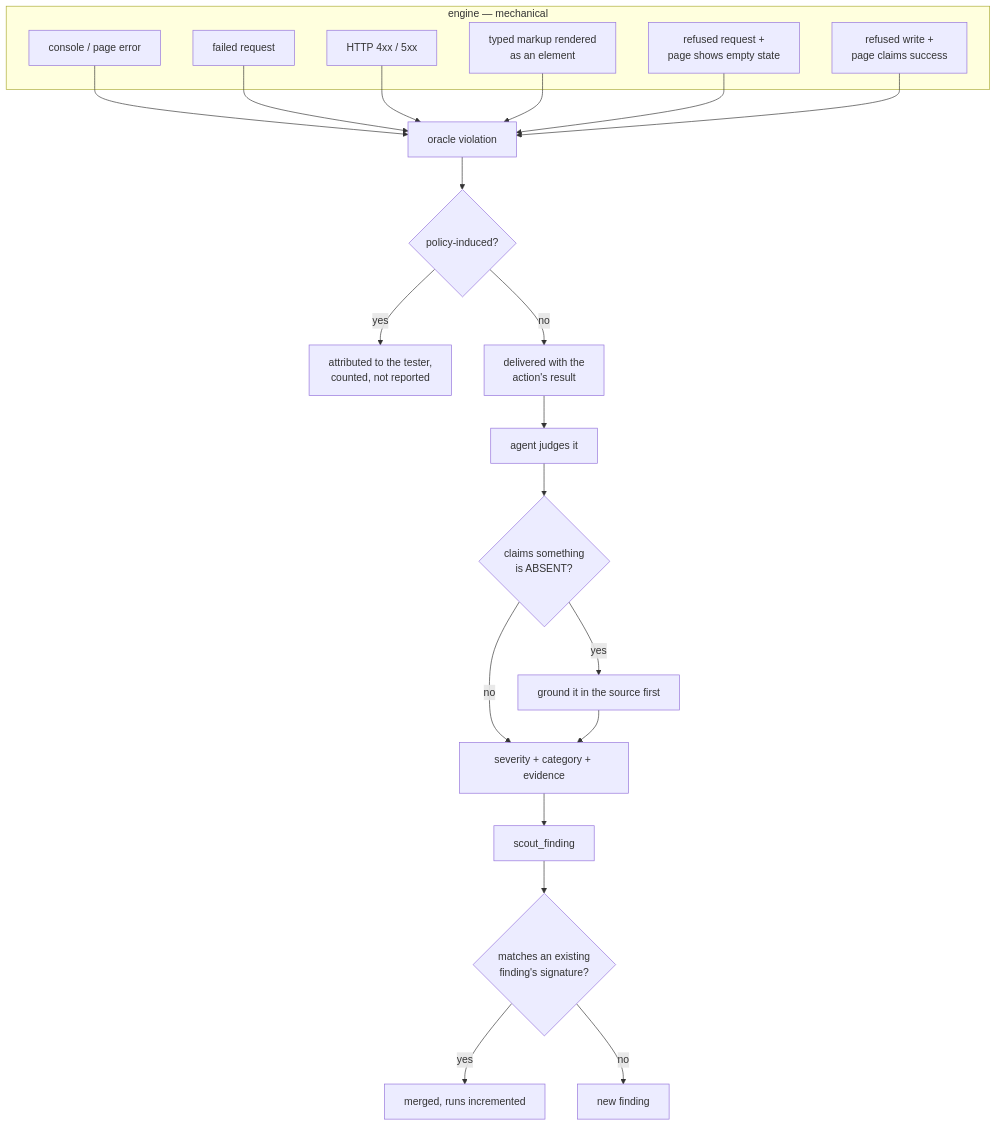
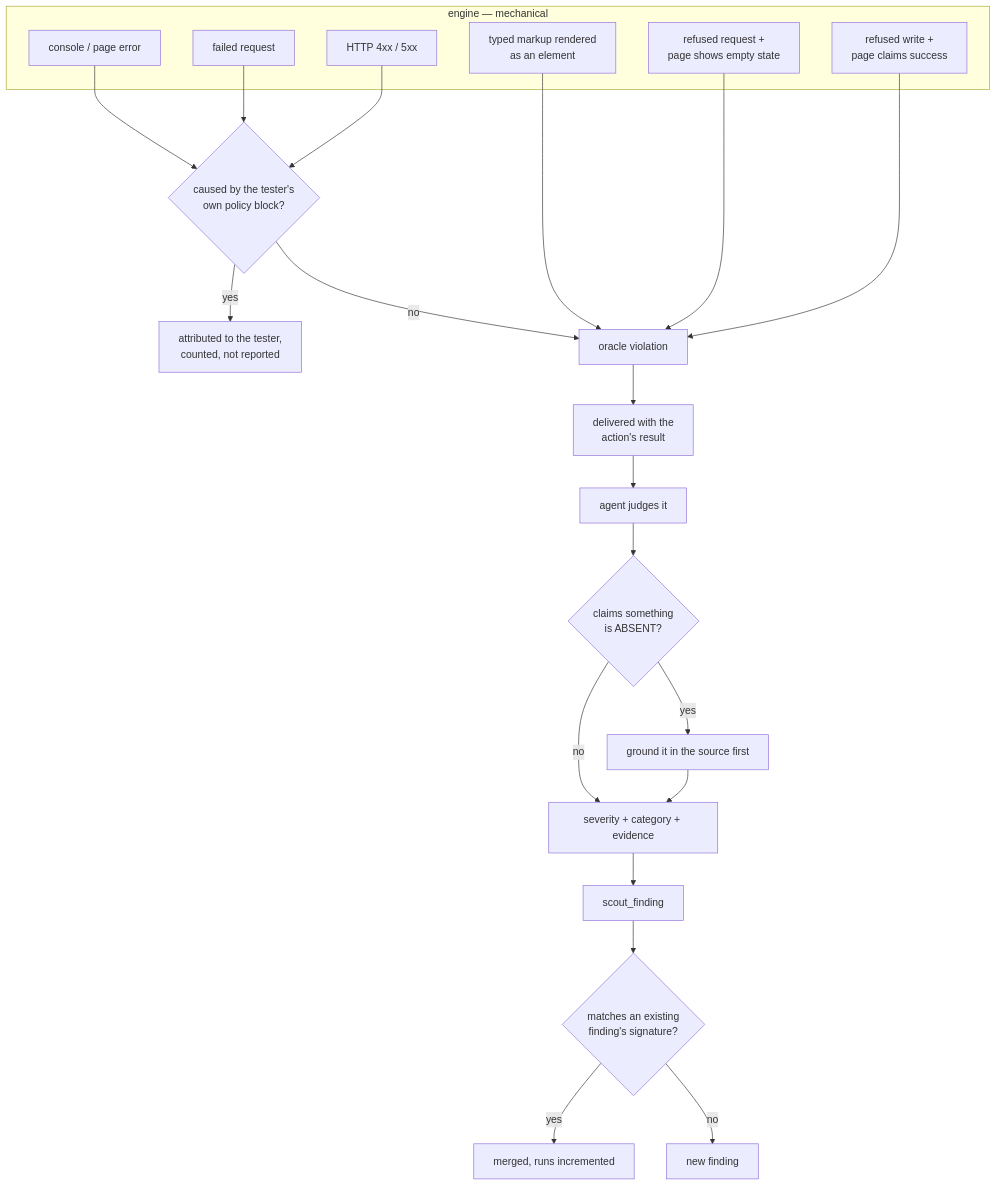
One commit to brunoboto96/SceneScout changed the fifth of 9 diagrams in docs/how-it-works.md. Above: the diagram before and after it, drawn with Mermaid. The commit also changed other lines of this file and 3 other files, not shown here.

````diff
--- a/docs/how-it-works.md
+++ b/docs/how-it-works.md
@@ -154,29 +154,29 @@
 ```mermaid
 flowchart TD
     subgraph engine [engine — mechanical]
         A1[console / page error]
         A2[failed request]
         A3[HTTP 4xx / 5xx]
         A4[typed markup rendered<br/>as an element]
         A5[refused request +<br/>page shows empty state]
         A6[refused write +<br/>page claims success]
     end
-    A1 --> V[oracle violation]
-    A2 --> V
-    A3 --> V
+    A1 --> B{caused by the tester's<br/>own policy block?}
+    A2 --> B
+    A3 --> B
+    B -->|yes| C[attributed to the tester,<br/>counted, not reported]
+    B -->|no| V[oracle violation]
     A4 --> V
     A5 --> V
     A6 --> V
-    V --> B{policy-induced?}
-    B -->|yes| C[attributed to the tester,<br/>counted, not reported]
-    B -->|no| D[delivered with the<br/>action's result]
+    V --> D[delivered with the<br/>action's result]
     D --> E[agent judges it]
     E --> F{claims something<br/>is ABSENT?}
     F -->|yes| G[ground it in the source first]
     F -->|no| H[severity + category + evidence]
     G --> H
     H --> I[scout_finding]
     I --> J{matches an existing<br/>finding's signature?}
     J -->|yes| K[merged, runs incremented]
     J -->|no| L[new finding]
 ```
````
